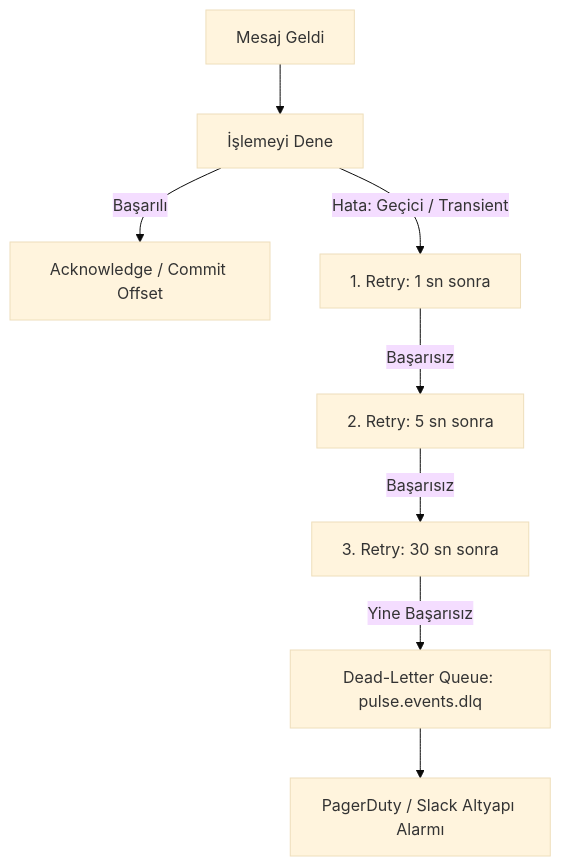
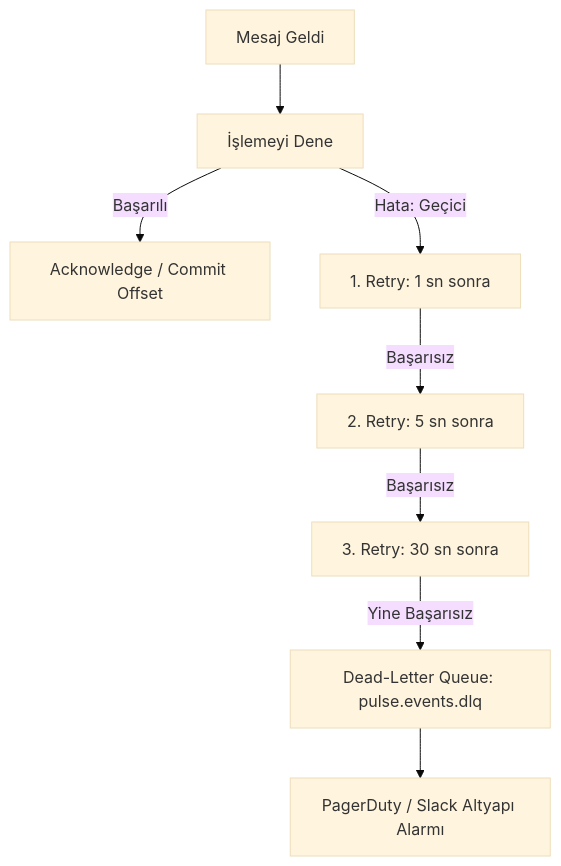
Before and after one commit to Losdreyfedus/doping-pulse: the second of 3 diagrams in docs/event-driven-messaging-architecture.md, drawn with Mermaid (base theme). The commit also changed other lines of this file and 9 other files, not shown here.

````diff
--- a/docs/event-driven-messaging-architecture.md
+++ b/docs/event-driven-messaging-architecture.md
@@ -137,12 +137,12 @@
 ```mermaid
 flowchart TD
     M[Mesaj Geldi] --> P[İşlemeyi Dene]
     P -->|Başarılı| ACK[Acknowledge / Commit Offset]
     
-    P -->|Hata: Geçici / Transient| R1[1. Retry: 1 sn sonra]
+    P -->|Hata: Geçici| R1[1. Retry: 1 sn sonra]
     R1 -->|Başarısız| R2[2. Retry: 5 sn sonra]
     R2 -->|Başarısız| R3[3. Retry: 30 sn sonra]
     
     R3 -->|Yine Başarısız| DLQ[Dead-Letter Queue: pulse.events.dlq]
     DLQ --> ALERT[PagerDuty / Slack Altyapı Alarmı]
 ```
````
